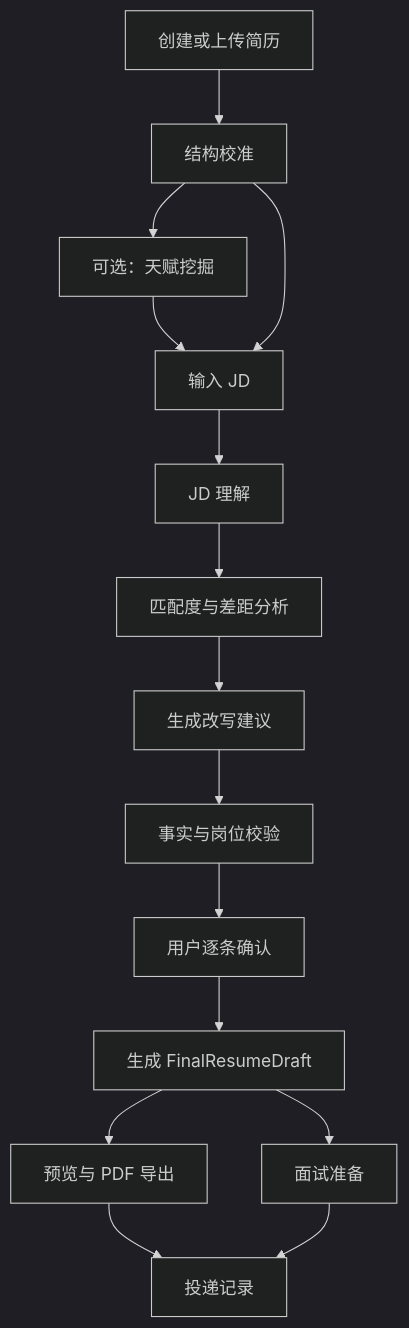
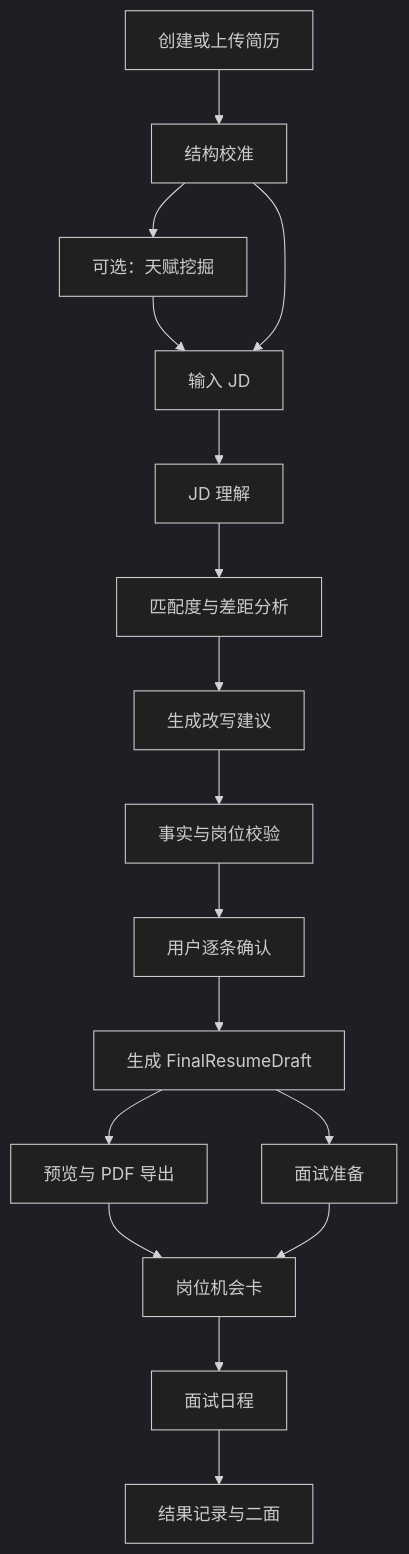
The diagram in docs/product/OfferYou-PRD.md (shiyoungwoo/OfferYou), drawn with Mermaid (dark theme) before and after one commit. The commit also changed other lines of this file and 221 other files, not shown here.

````diff
--- a/docs/product/OfferYou-PRD.md
+++ b/docs/product/OfferYou-PRD.md
@@ -152,17 +173,19 @@
 ```mermaid
 flowchart TD
   A["创建或上传简历"] --> B["结构校准"]
   B --> C["可选：天赋挖掘"]
   C --> D["输入 JD"]
   B --> D
   D --> E["JD 理解"]
   E --> F["匹配度与差距分析"]
   F --> G["生成改写建议"]
   G --> H["事实与岗位校验"]
   H --> I["用户逐条确认"]
   I --> J["生成 FinalResumeDraft"]
   J --> K["预览与 PDF 导出"]
   J --> L["面试准备"]
-  K --> M["投递记录"]
+  K --> M["岗位机会卡"]
   L --> M
+  M --> N["面试日程"]
+  N --> O["结果记录与二面"]
 ```
````
